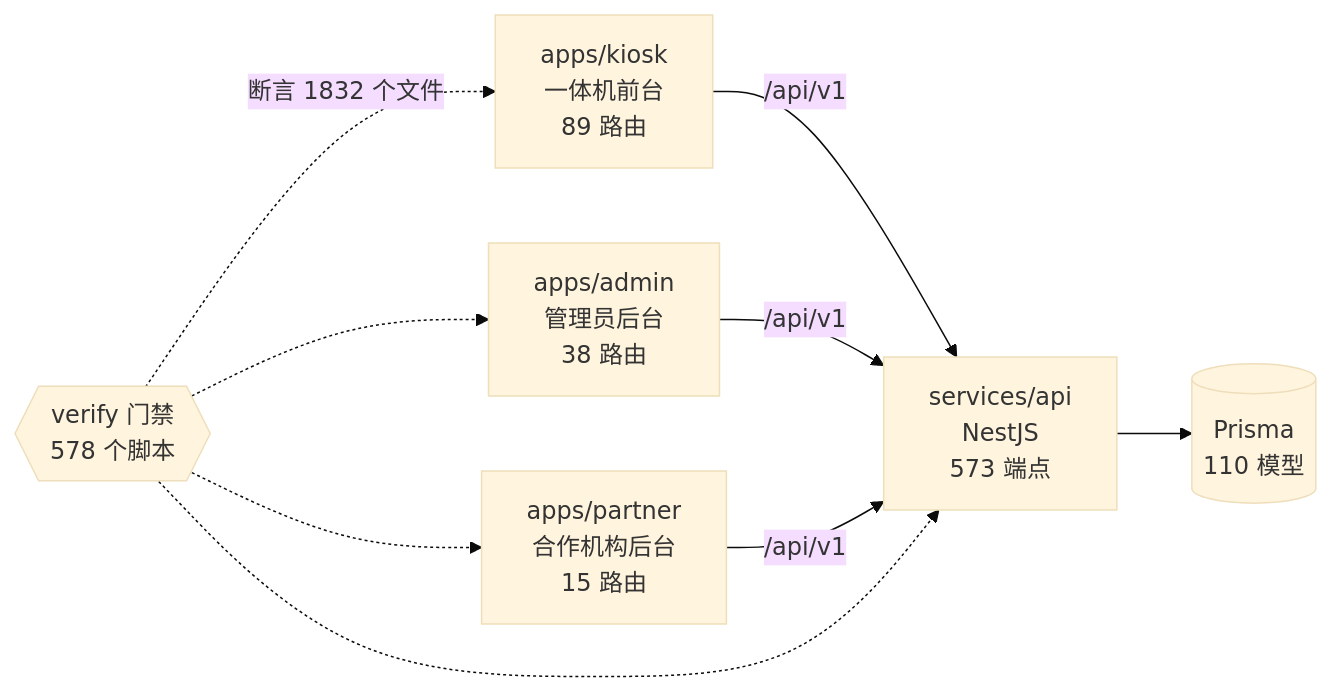
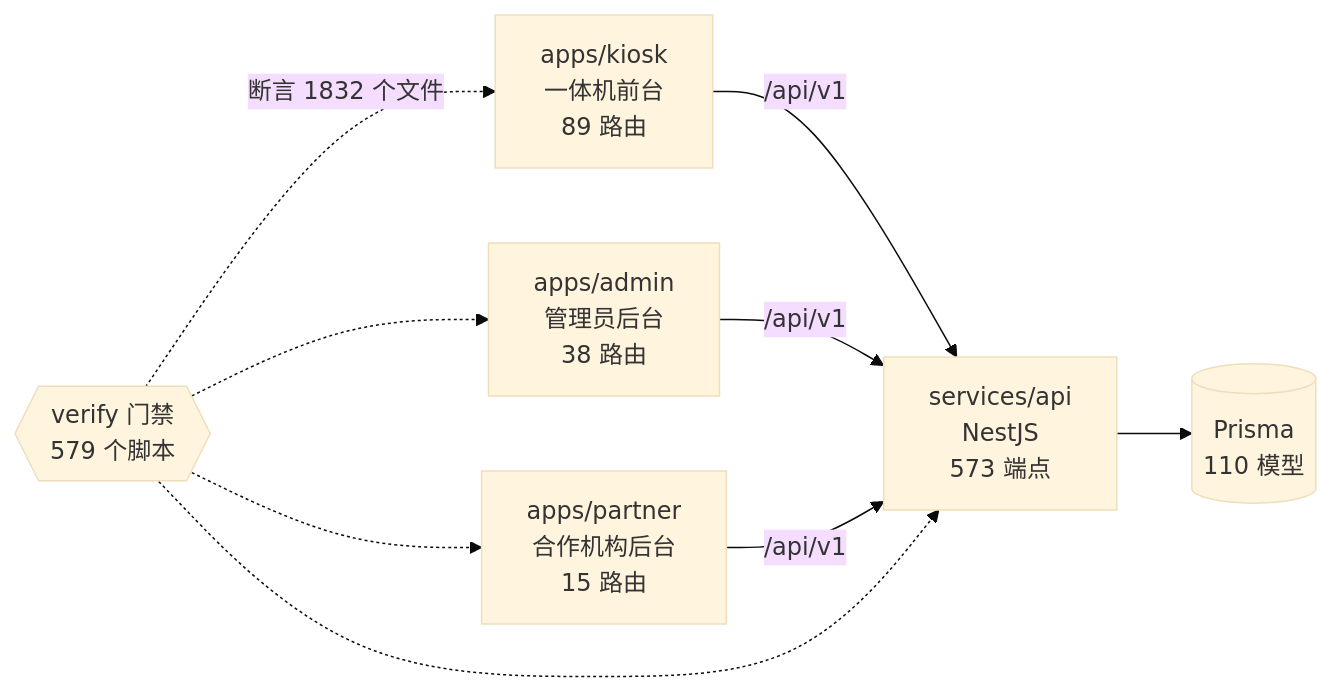
Before and after one commit to wanglei581/YITIJI: the diagram in docs/graph/README.md, drawn with Mermaid (base theme). The commit also changed other lines of this file and 4 other files, not shown here.

Commit message:
docs(progress): W-118 一体机半进度记录与图谱

````diff
--- a/docs/graph/README.md
+++ b/docs/graph/README.md
@@ -68,18 +68,18 @@
 ```mermaid
 flowchart LR
   kiosk["apps/kiosk<br/>一体机前台<br/>89 路由"]
   admin["apps/admin<br/>管理员后台<br/>38 路由"]
   partner["apps/partner<br/>合作机构后台<br/>15 路由"]
   api["services/api<br/>NestJS<br/>573 端点"]
   db[("Prisma<br/>110 模型")]
-  gates{{"verify 门禁<br/>578 个脚本"}}
+  gates{{"verify 门禁<br/>579 个脚本"}}
 
   kiosk -->|"/api/v1"| api
   admin -->|"/api/v1"| api
   partner -->|"/api/v1"| api
   api --> db
   gates -.->|"断言 1832 个文件"| kiosk
   gates -.-> admin
   gates -.-> partner
   gates -.-> api
 ```
````
